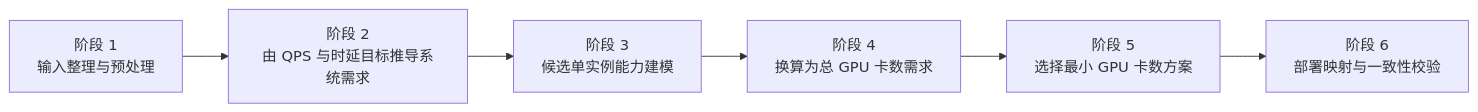
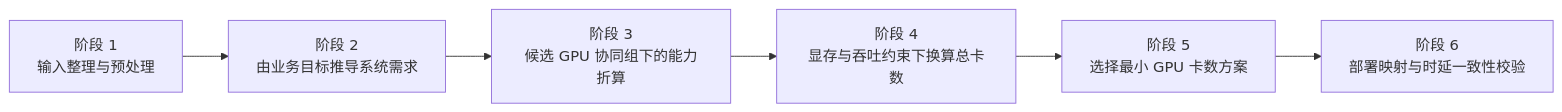
The diagram in docs/llm_gpu_inference_calc.md (exitNA/llm_gpu_inference_calc), drawn with Mermaid before and after one commit. The commit also changed other lines of this file, not shown here.

First line of the commit message:
docs(llm_gpu_inference_calc): 更新GPU推理计算文档的表述和公式说明

````diff
--- a/docs/llm_gpu_inference_calc.md
+++ b/docs/llm_gpu_inference_calc.md
@@ -41,11 +54,11 @@
 ```mermaid
 flowchart LR
     A[阶段 1<br/>输入整理与预处理]
-    B[阶段 2<br/>由 QPS 与时延目标推导系统需求]
-    C[阶段 3<br/>候选单实例能力建模]
-    D[阶段 4<br/>换算为总 GPU 卡数需求]
+    B[阶段 2<br/>由业务目标推导系统需求]
+    C[阶段 3<br/>候选 GPU 协同组下的能力折算]
+    D[阶段 4<br/>显存与吞吐约束下换算总卡数]
     E[阶段 5<br/>选择最小 GPU 卡数方案]
-    F[阶段 6<br/>部署映射与一致性校验]
+    F[阶段 6<br/>部署映射与时延一致性校验]
 
     A --> B --> C --> D --> E --> F
 ```
````
